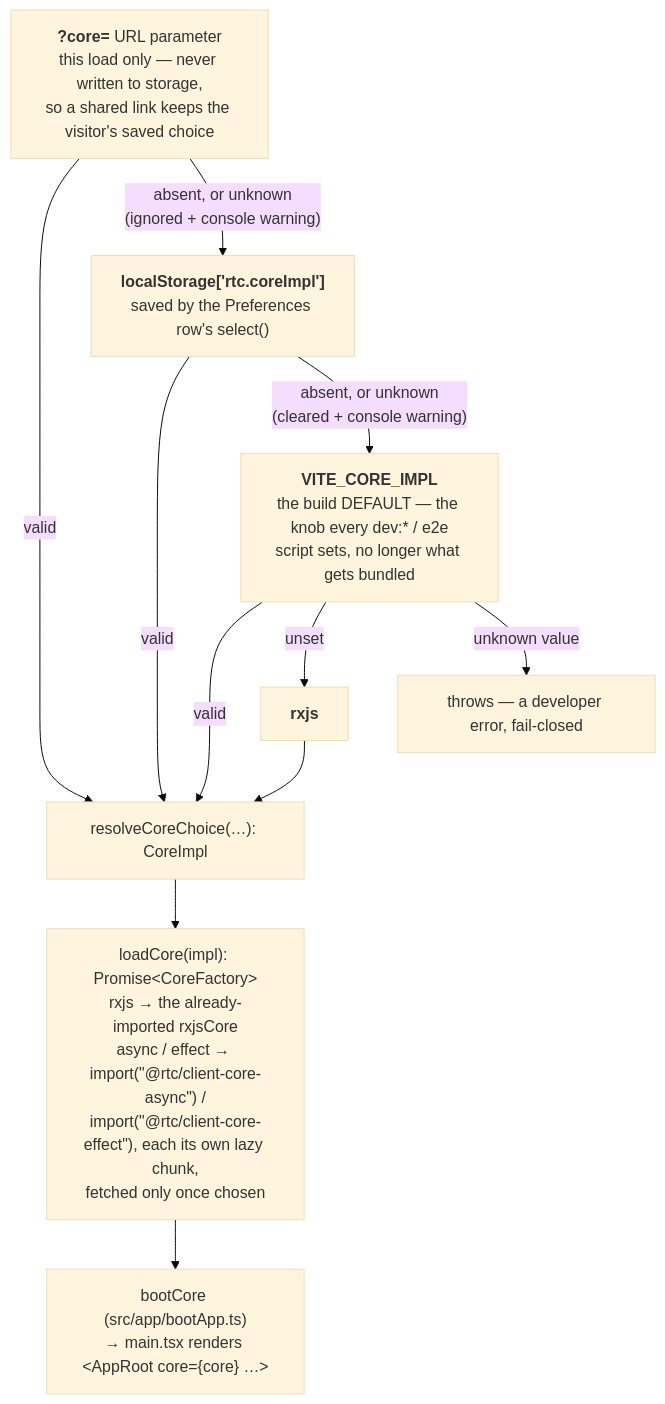
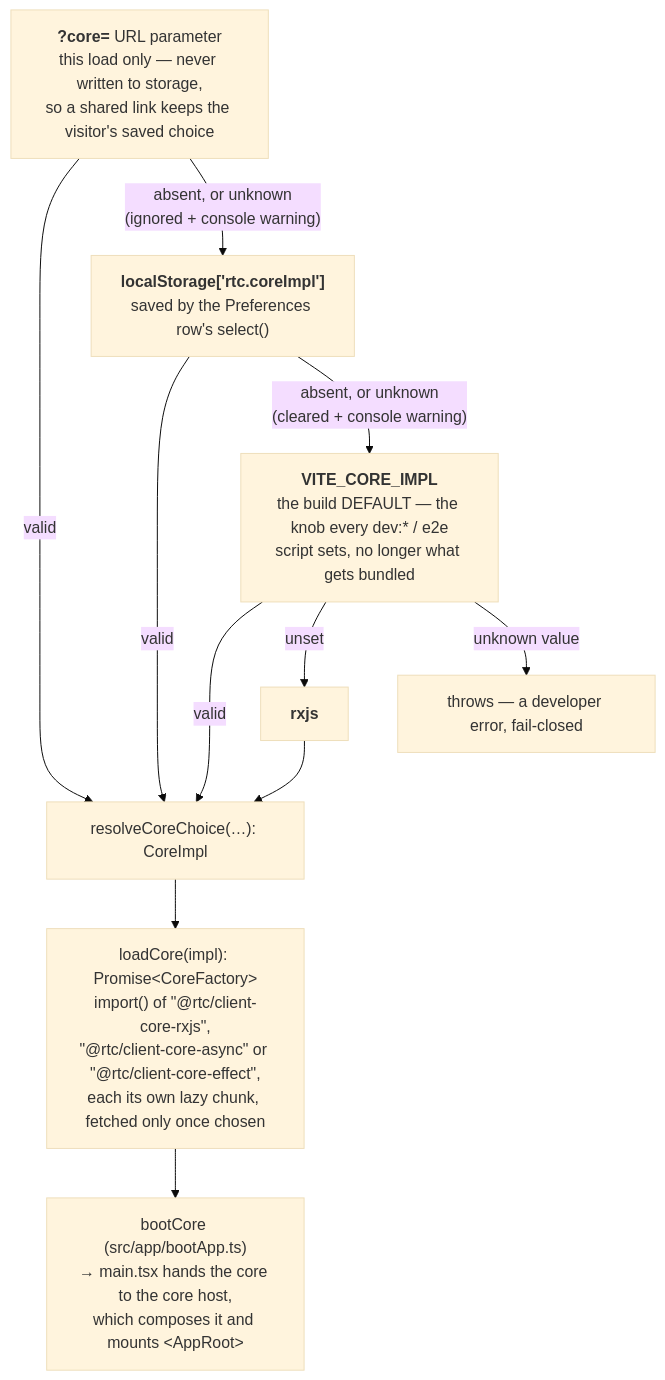
Before and after one commit to bettersoftware-io/ReactiveTraderCloudClone: the second of 2 diagrams in docs/architecture/22-pluggable-application-core.md, drawn with Mermaid (base theme). The commit also changed other lines of this file and 6 other files, not shown here.

````diff
--- a/docs/architecture/22-pluggable-application-core.md
+++ b/docs/architecture/22-pluggable-application-core.md
@@ -114,22 +114,22 @@
 ```mermaid
 flowchart TD
   url["<b>?core=</b> URL parameter<br/>this load only — never written to storage,<br/>so a shared link keeps the visitor's saved choice"]
   stored["<b>localStorage['rtc.coreImpl']</b><br/>saved by the Preferences row's select()"]
   build["<b>VITE_CORE_IMPL</b><br/>the build DEFAULT — the knob every dev:* / e2e<br/>script sets, no longer what gets bundled"]
   fallback["<b>rxjs</b>"]
   fail["throws — a developer error, fail-closed"]
   resolved["resolveCoreChoice(…): CoreImpl"]
-  load["loadCore(impl): Promise#lt;CoreFactory#gt;<br/>rxjs → the already-imported rxjsCore<br/>async / effect → import(#quot;@rtc/client-core-async#quot;) /<br/>import(#quot;@rtc/client-core-effect#quot;), each its own lazy chunk,<br/>fetched only once chosen"]
-  boot["bootCore (src/app/bootApp.ts)<br/>→ main.tsx renders #lt;AppRoot core={core} …#gt;"]
+  load["loadCore(impl): Promise#lt;CoreFactory#gt;<br/>import() of #quot;@rtc/client-core-rxjs#quot;,<br/>#quot;@rtc/client-core-async#quot; or #quot;@rtc/client-core-effect#quot;,<br/>each its own lazy chunk, fetched only once chosen"]
+  boot["bootCore (src/app/bootApp.ts)<br/>→ main.tsx hands the core to the core host,<br/>which composes it and mounts #lt;AppRoot#gt;"]
 
   url -- "valid" --> resolved
   url -- "absent, or unknown<br/>(ignored + console warning)" --> stored
   stored -- "valid" --> resolved
   stored -- "absent, or unknown<br/>(cleared + console warning)" --> build
   build -- "valid" --> resolved
   build -- "unset" --> fallback
   build -- "unknown value" --> fail
   fallback --> resolved
   resolved --> load
   load --> boot
 ```
````
